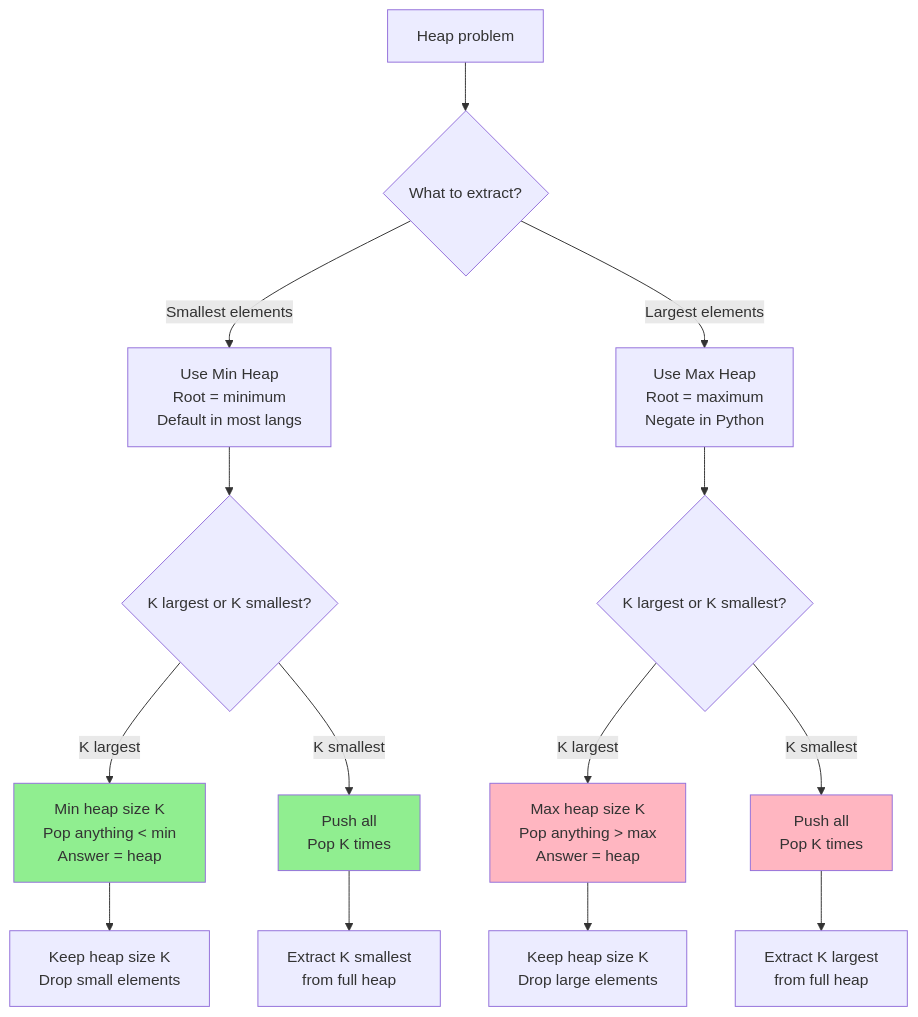
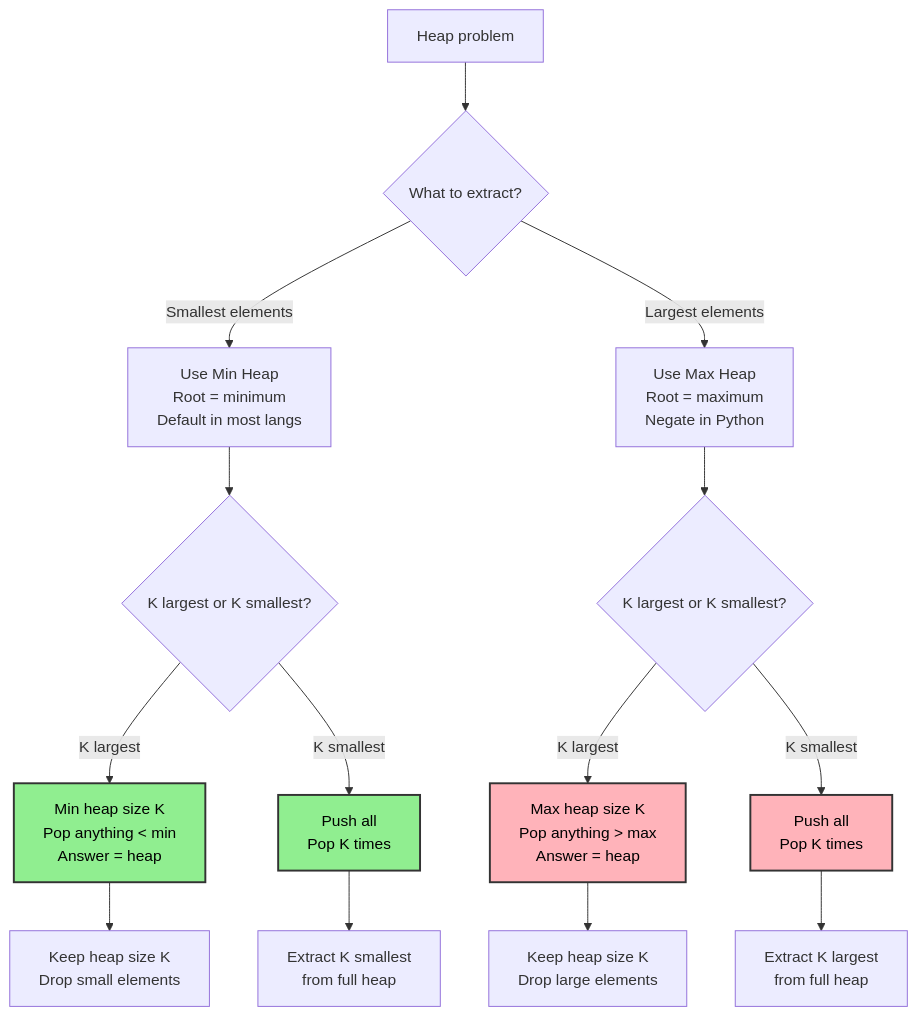
Before and after one commit to souradeepta/interviewprep: the first of 3 diagrams in docs/advanced/heap.md, drawn with Mermaid. The commit also changed other lines of this file and 31 other files, not shown here.

Commit message:
updated graphs

````diff
--- a/docs/advanced/heap.md
+++ b/docs/advanced/heap.md
@@ -21,26 +21,26 @@
 ```mermaid
 graph TD
     A["Heap problem"] --> B{"What to extract?"}
     
     B -->|Smallest elements| C["Use Min Heap<br/>Root = minimum<br/>Default in most langs"]
     B -->|Largest elements| D["Use Max Heap<br/>Root = maximum<br/>Negate in Python"]
     
     C --> E{"K largest or K smallest?"}
     D --> F{"K largest or K smallest?"}
     
     E -->|K largest| G["Min heap size K<br/>Pop anything < min<br/>Answer = heap"]
     E -->|K smallest| H["Push all<br/>Pop K times"]
     
     F -->|K largest| I["Max heap size K<br/>Pop anything > max<br/>Answer = heap"]
     F -->|K smallest| J["Push all<br/>Pop K times"]
     
     G --> K["Keep heap size K<br/>Drop small elements"]
     H --> L["Extract K smallest<br/>from full heap"]
     I --> M["Keep heap size K<br/>Drop large elements"]
     J --> N["Extract K largest<br/>from full heap"]
     
-    style G fill:#90EE90
-    style H fill:#90EE90
-    style I fill:#FFB6C1
-    style J fill:#FFB6C1
+    style G fill:#90ee90,color:#000,stroke:#333,stroke-width:2px
+    style H fill:#90ee90,color:#000,stroke:#333,stroke-width:2px
+    style I fill:#ffb3ba,color:#000,stroke:#333,stroke-width:2px
+    style J fill:#ffb3ba,color:#000,stroke:#333,stroke-width:2px
 ```
````
